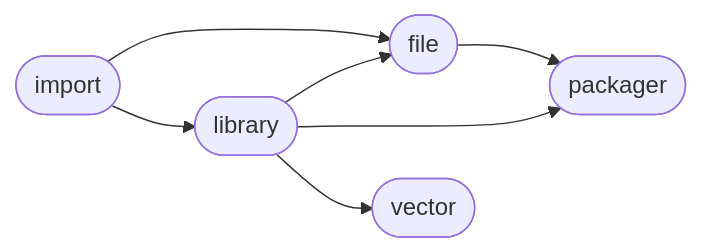
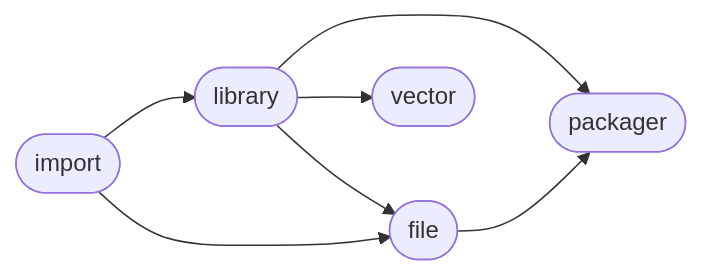
One commit to Mandera/Mandera changed the diagram in README.md. Above: the diagram before and after it, drawn with Mermaid. The commit also changed other lines of this file, not shown here.

````diff
--- a/README.md
+++ b/README.md
@@ -7,14 +7,14 @@
 ```mermaid
 flowchart LR
-0([import]) --> 2([file])
 1([library]) --> 2([file])
+1([library]) --> 3([vector])
 1([library]) --> 4([packager])
 0([import]) --> 1([library])
 2([file]) --> 4([packager])
-1([library]) --> 3([vector])
+0([import]) --> 2([file])
 click 0 "https://github.com/ManderaGeneral/generalimport"
 click 1 "https://github.com/ManderaGeneral/generallibrary"
 click 2 "https://github.com/ManderaGeneral/generalfile"
 click 3 "https://github.com/ManderaGeneral/generalvector"
 click 4 "https://github.com/ManderaGeneral/generalpackager"
 ```
````
